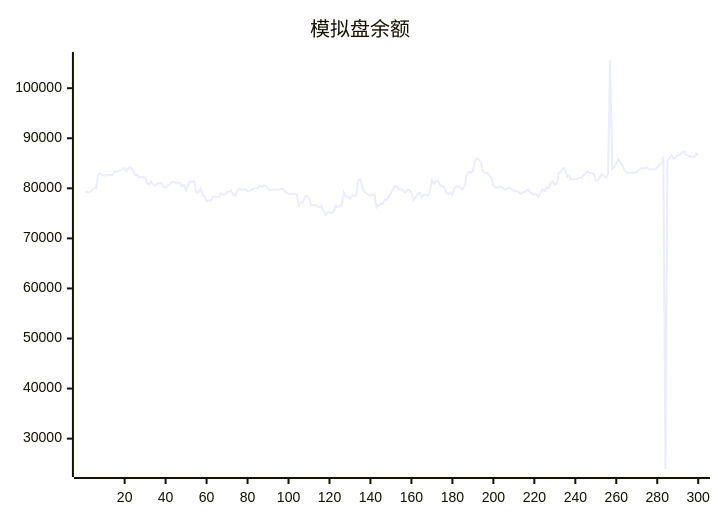
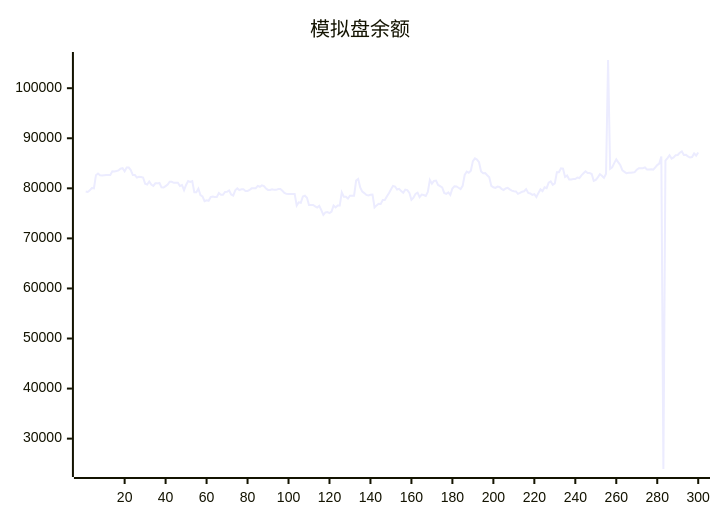
Before and after one commit to aahl/ai-trading: the diagram in README.md, drawn with Mermaid. The commit also changed other lines of this file and 1 other file, not shown here.

````diff
--- a/README.md
+++ b/README.md
@@ -5,5 +5,5 @@
 ```mermaid
 xychart
     title "模拟盘余额"
-    line [79214,79372,79279,79591,80046,79993,82625,82950,82626,82571,82633,82670,82670,82681,83386,83378,83464,83579,83920,84037,83402,84160,84142,83652,82655,82655,82145,82315,82243,82163,80934,80770,81371,80742,80468,80989,80989,81067,80191,80155,80450,80737,81309,81309,81106,81119,81119,80471,80631,79624,80670,81448,81290,81429,79212,79222,79940,78643,78380,77432,77623,77504,78235,78358,78284,78277,79048,78714,78714,79290,79308,79567,78763,78563,79603,79988,79652,79813,79813,79476,79469,79673,79995,80015,80015,80486,80314,80600,80436,79966,79689,79689,79819,79692,79692,79850,79850,79518,79071,78889,78850,78850,78878,78878,76554,77202,77103,78357,78510,78106,76678,76677,76672,76411,76159,76485,75656,74695,75197,75246,75052,75334,76564,76179,76553,76551,79196,78300,78300,77944,78531,78531,78521,81564,81884,80160,79335,79055,78675,78580,78708,78764,76179,76586,76902,76876,77658,77669,78346,79023,79769,80497,80366,79761,79896,79448,79126,79749,79658,79097,77695,78114,78888,79126,78249,78738,78653,78478,79271,81680,80923,81488,81527,80681,80455,80190,79084,78879,79193,78686,79954,80403,80374,80118,79848,80491,82665,83351,83098,83525,85430,85983,85737,85221,83378,83014,83043,82613,82216,80477,80208,80081,80348,80277,79894,79670,79965,80093,79786,79542,79406,79371,78893,79087,79304,79406,79841,79072,78978,78696,78846,78272,79085,79787,79442,80198,80031,81120,81379,80718,80985,83214,83212,83993,83921,82270,82547,81776,81776,81866,81866,82158,82061,82596,83000,83408,83041,83050,82858,81503,81691,82188,82812,82517,82092,82901,105633,83898,84180,85030,85781,85178,84604,83569,83298,83008,83093,83107,83175,83228,83729,84025,84017,84019,84177,83775,83762,83785,83738,84160,84639,84939,86370,23934,85548,86046,86599,85942,86161,86622,86664,87115,87369,86666,86685,86384,86152,86243,86969,86548]
+    line [79372,79279,79591,80046,79993,82625,82950,82626,82571,82633,82670,82670,82681,83386,83378,83464,83579,83920,84037,83402,84160,84142,83652,82655,82655,82145,82315,82243,82163,80934,80770,81371,80742,80468,80989,80989,81067,80191,80155,80450,80737,81309,81309,81106,81119,81119,80471,80631,79624,80670,81448,81290,81429,79212,79222,79940,78643,78380,77432,77623,77504,78235,78358,78284,78277,79048,78714,78714,79290,79308,79567,78763,78563,79603,79988,79652,79813,79813,79476,79469,79673,79995,80015,80015,80486,80314,80600,80436,79966,79689,79689,79819,79692,79692,79850,79850,79518,79071,78889,78850,78850,78878,78878,76554,77202,77103,78357,78510,78106,76678,76677,76672,76411,76159,76485,75656,74695,75197,75246,75052,75334,76564,76179,76553,76551,79196,78300,78300,77944,78531,78531,78521,81564,81884,80160,79335,79055,78675,78580,78708,78764,76179,76586,76902,76876,77658,77669,78346,79023,79769,80497,80366,79761,79896,79448,79126,79749,79658,79097,77695,78114,78888,79126,78249,78738,78653,78478,79271,81680,80923,81488,81527,80681,80455,80190,79084,78879,79193,78686,79954,80403,80374,80118,79848,80491,82665,83351,83098,83525,85430,85983,85737,85221,83378,83014,83043,82613,82216,80477,80208,80081,80348,80277,79894,79670,79965,80093,79786,79542,79406,79371,78893,79087,79304,79406,79841,79072,78978,78696,78846,78272,79085,79787,79442,80198,80031,81120,81379,80718,80985,83214,83212,83993,83921,82270,82547,81776,81776,81866,81866,82158,82061,82596,83000,83408,83041,83050,82858,81503,81691,82188,82812,82517,82092,82901,105633,83898,84180,85030,85781,85178,84604,83569,83298,83008,83093,83107,83175,83228,83729,84025,84017,84019,84177,83775,83762,83785,83738,84160,84639,84939,86370,23934,85548,86046,86599,85942,86161,86622,86664,87115,87369,86666,86685,86384,86152,86243,86969,86548,87164]
 ```
````
